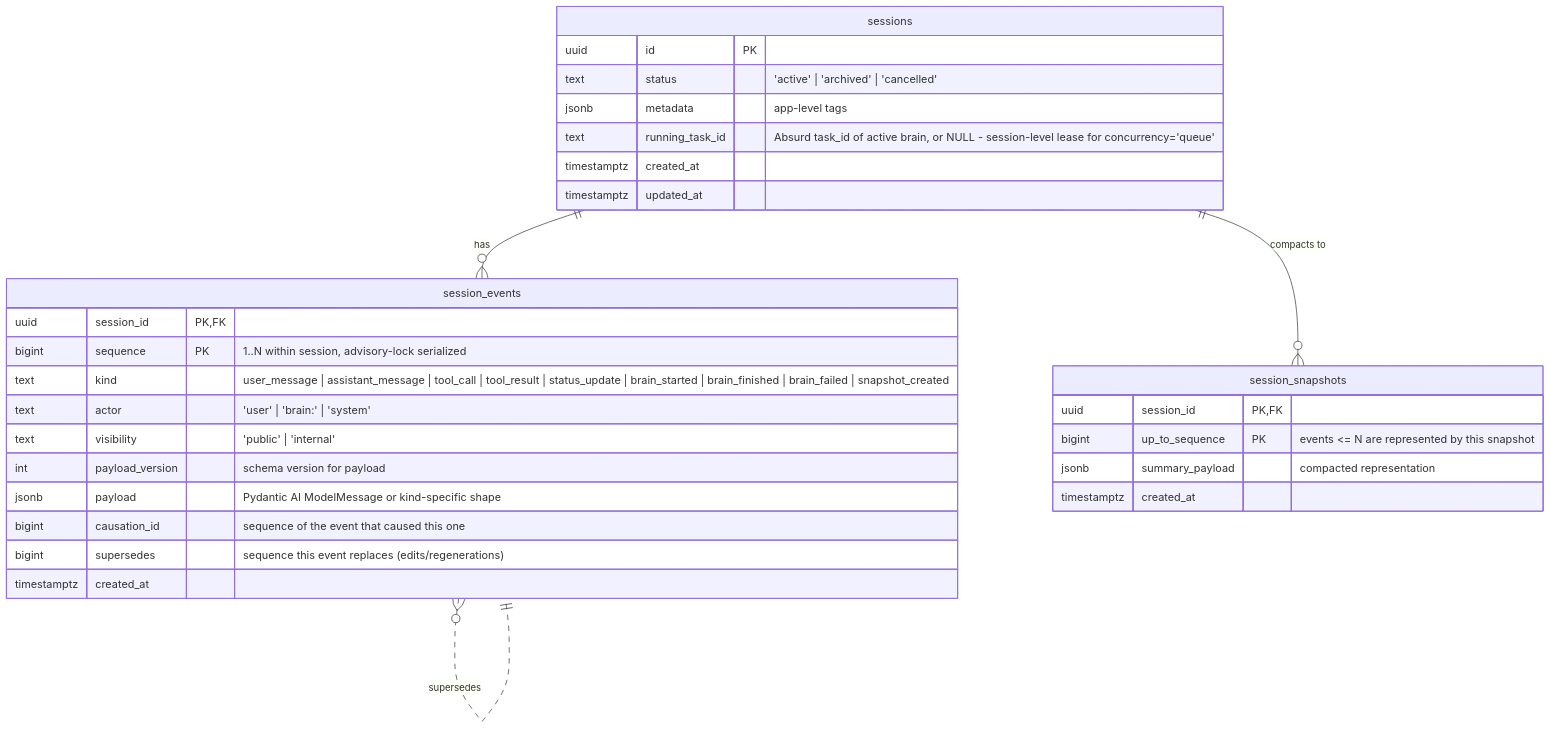
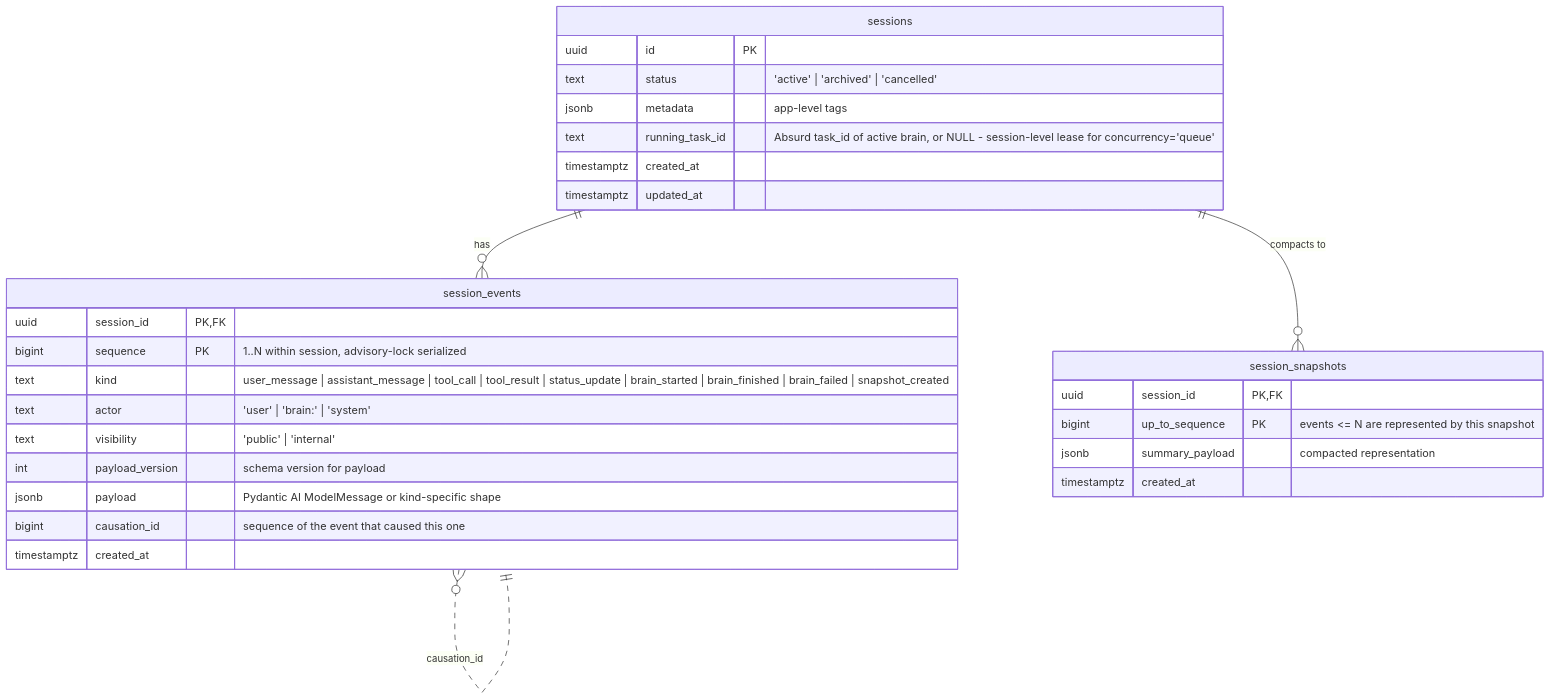
The first of 2 diagrams in src/agent-sessions/ARCHITECTURE.md (Kludex/pydantic-ai-absurd), drawn with Mermaid before and after one commit. The commit also changed other lines of this file and 4 other files, not shown here.

First line of the commit message:
Collapse pre-release schema to 0.0.1 and drop unused supersedes column

````diff
--- a/src/agent-sessions/ARCHITECTURE.md
+++ b/src/agent-sessions/ARCHITECTURE.md
@@ -16,36 +16,34 @@
 ```mermaid
 erDiagram
     sessions ||--o{ session_events : "has"
     sessions ||--o{ session_snapshots : "compacts to"
     session_events }o..|| session_events : "causation_id"
-    session_events }o..|| session_events : "supersedes"
 
     sessions {
         uuid id PK
         text status "'active' | 'archived' | 'cancelled'"
         jsonb metadata "app-level tags"
         text running_task_id "Absurd task_id of active brain, or NULL - session-level lease for concurrency='queue'"
         timestamptz created_at
         timestamptz updated_at
     }
 
     session_events {
         uuid session_id PK,FK
         bigint sequence PK "1..N within session, advisory-lock serialized"
         text kind "user_message | assistant_message | tool_call | tool_result | status_update | brain_started | brain_finished | brain_failed | snapshot_created"
         text actor "'user' | 'brain:<name>' | 'system'"
         text visibility "'public' | 'internal'"
         int payload_version "schema version for payload"
         jsonb payload "Pydantic AI ModelMessage or kind-specific shape"
         bigint causation_id "sequence of the event that caused this one"
-        bigint supersedes "sequence this event replaces (edits/regenerations)"
         timestamptz created_at
     }
 
     session_snapshots {
         uuid session_id PK,FK
         bigint up_to_sequence PK "events <= N are represented by this snapshot"
         jsonb summary_payload "compacted representation"
         timestamptz created_at
     }
 ```
````
